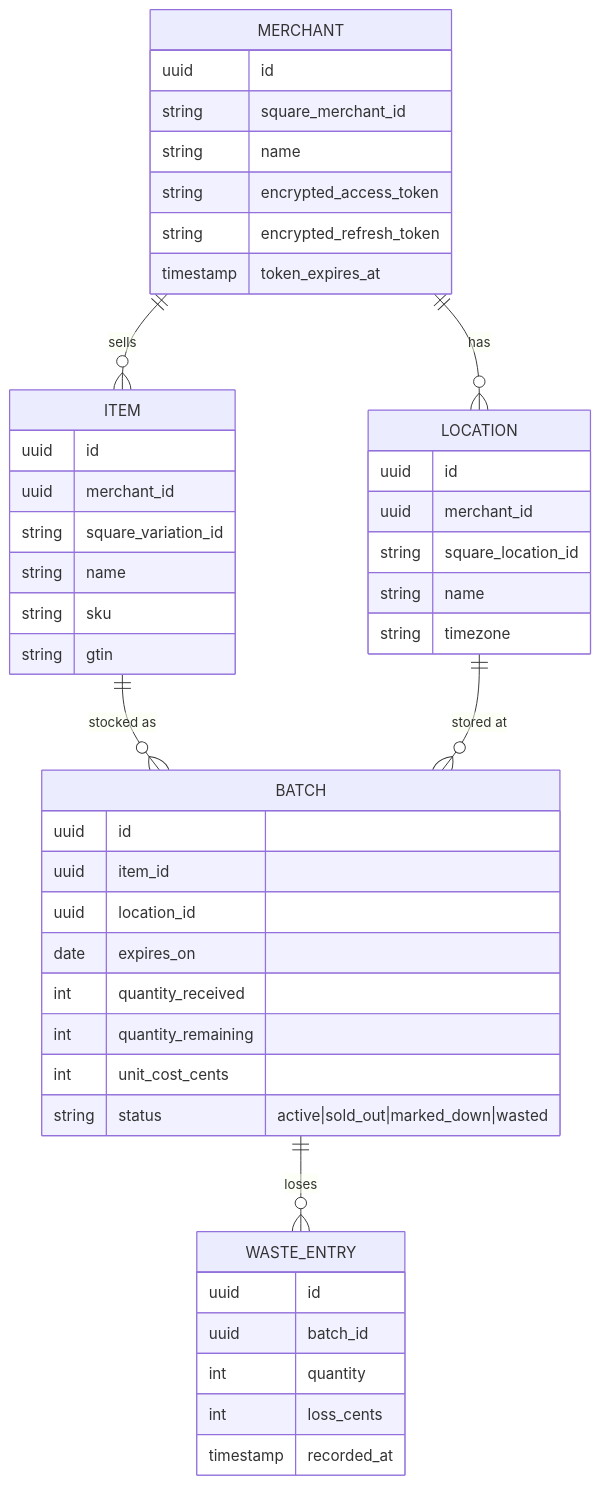
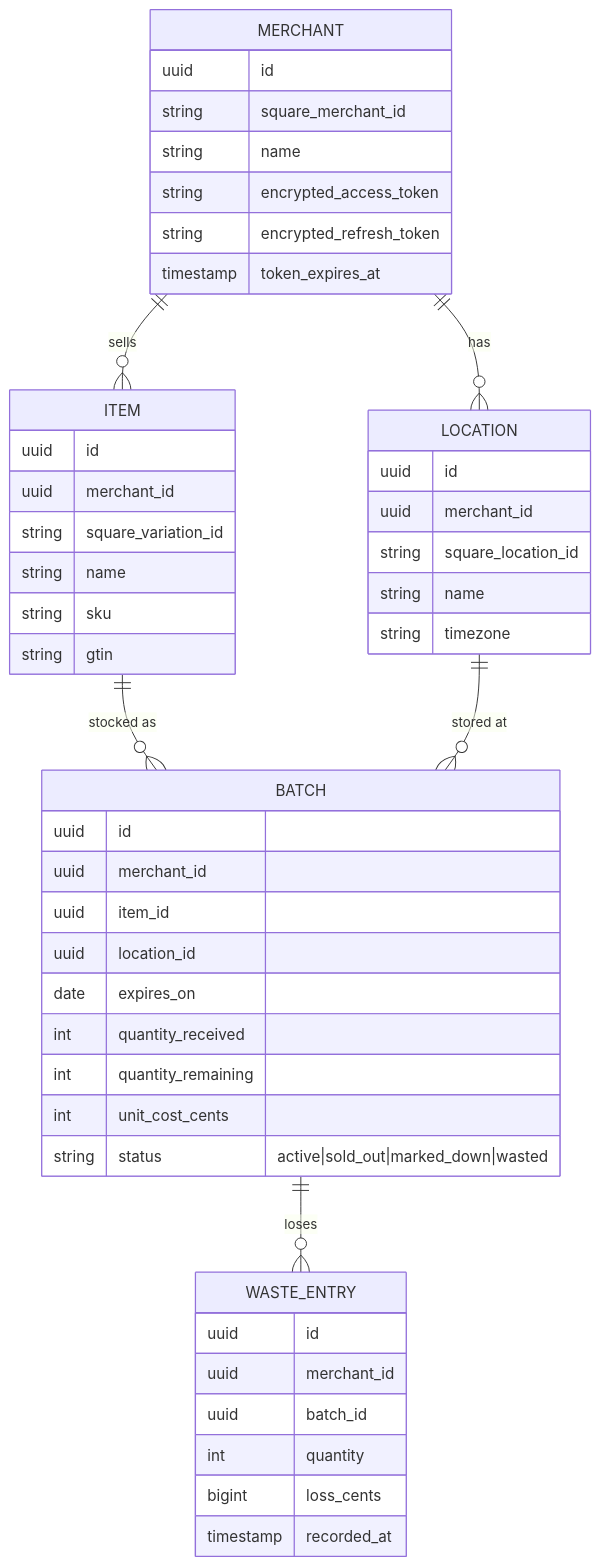
The second of 2 diagrams in docs/PLAN.md (fantaye-1/shelf-life), drawn with Mermaid before and after one commit. The commit also changed other lines of this file and 10 other files, not shown here.

First line of the commit message:
M1 slice 2: batch and waste_entry schema with status rules (#3)

````diff
--- a/docs/PLAN.md
+++ b/docs/PLAN.md
@@ -73,48 +73,50 @@
 ```mermaid
 erDiagram
   MERCHANT ||--o{ LOCATION : has
   MERCHANT ||--o{ ITEM : sells
   ITEM ||--o{ BATCH : "stocked as"
   LOCATION ||--o{ BATCH : "stored at"
   BATCH ||--o{ WASTE_ENTRY : "loses"
   MERCHANT {
     uuid id
     string square_merchant_id
     string name
     string encrypted_access_token
     string encrypted_refresh_token
     timestamp token_expires_at
   }
   LOCATION {
     uuid id
     uuid merchant_id
     string square_location_id
     string name
     string timezone
   }
   ITEM {
     uuid id
     uuid merchant_id
     string square_variation_id
     string name
     string sku
     string gtin
   }
   BATCH {
     uuid id
+    uuid merchant_id
     uuid item_id
     uuid location_id
     date expires_on
     int quantity_received
     int quantity_remaining
     int unit_cost_cents
     string status "active|sold_out|marked_down|wasted"
   }
   WASTE_ENTRY {
     uuid id
+    uuid merchant_id
     uuid batch_id
     int quantity
-    int loss_cents
+    bigint loss_cents
     timestamp recorded_at
   }
 ```
````
